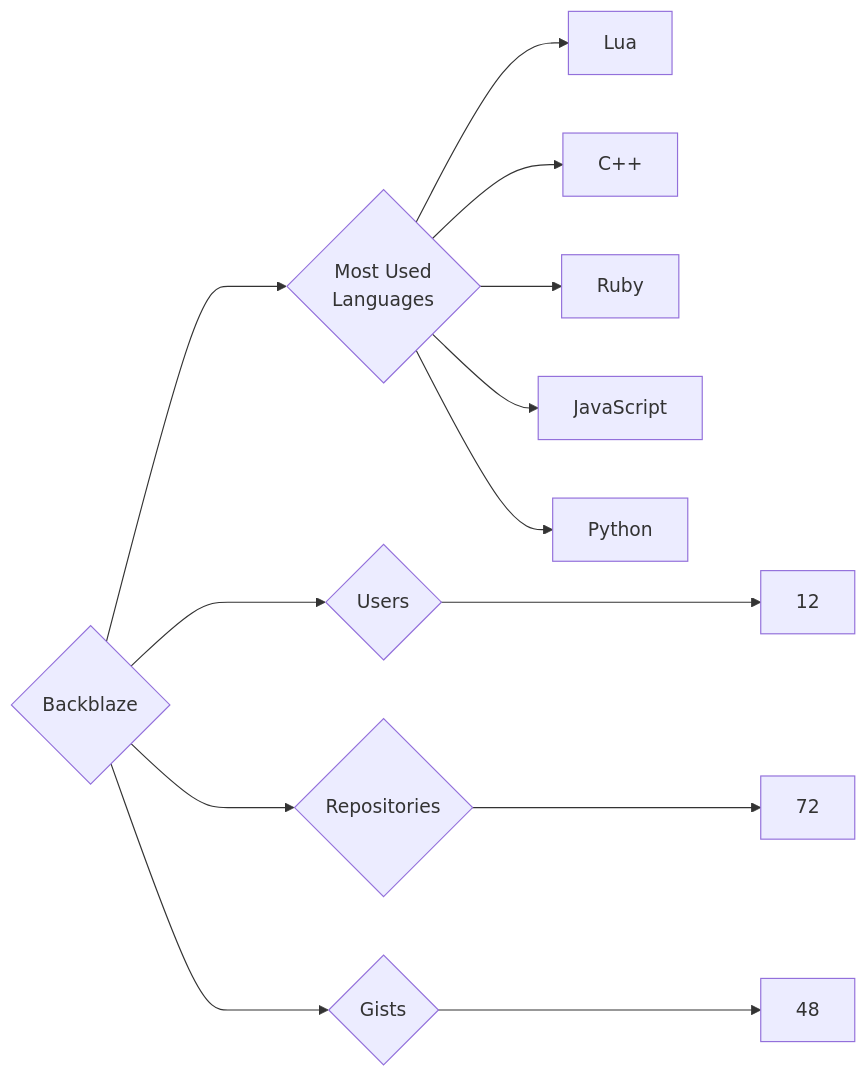
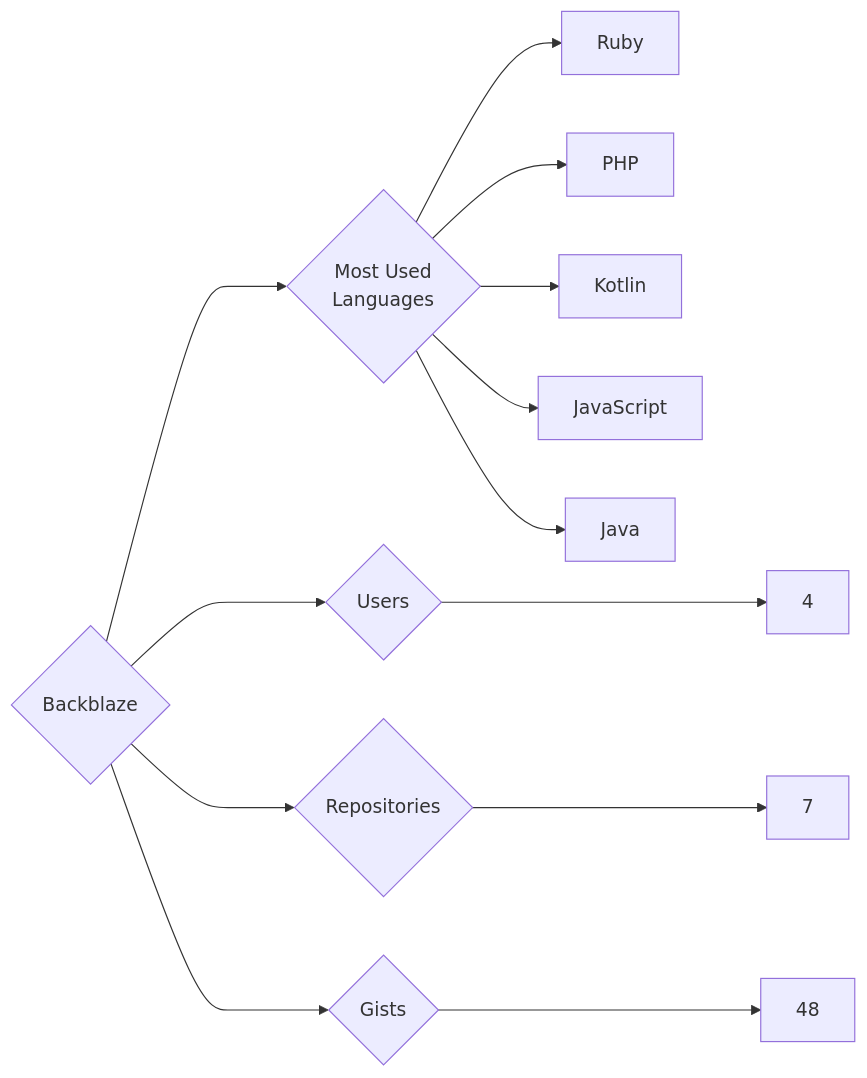
The diagram in targets/Backblaze/README.md (trickest/insiders), drawn with Mermaid before and after one commit. The commit also changed 1148 other files, not shown here.

````diff
--- a/targets/Backblaze/README.md
+++ b/targets/Backblaze/README.md
@@ -3,13 +3,13 @@
 ```mermaid
 graph LR
 COMPANY_NAME{Backblaze}
-COMPANY_NAME ---> U{Users} ---> UN[12]
-COMPANY_NAME ---> R{Repositories} ---> RN[72]
+COMPANY_NAME ---> U{Users} ---> UN[4]
+COMPANY_NAME ---> R{Repositories} ---> RN[7]
 COMPANY_NAME ---> G{Gists} ---> GN[48]
 COMPANY_NAME ---> ML{Most Used<br>Languages}
-ML --> Lua[Lua]
-ML --> C++[C++]
 ML --> Ruby[Ruby]
+ML --> PHP[PHP]
+ML --> Kotlin[Kotlin]
 ML --> JavaScript[JavaScript]
-ML --> Python[Python]
+ML --> Java[Java]
 ```
````
